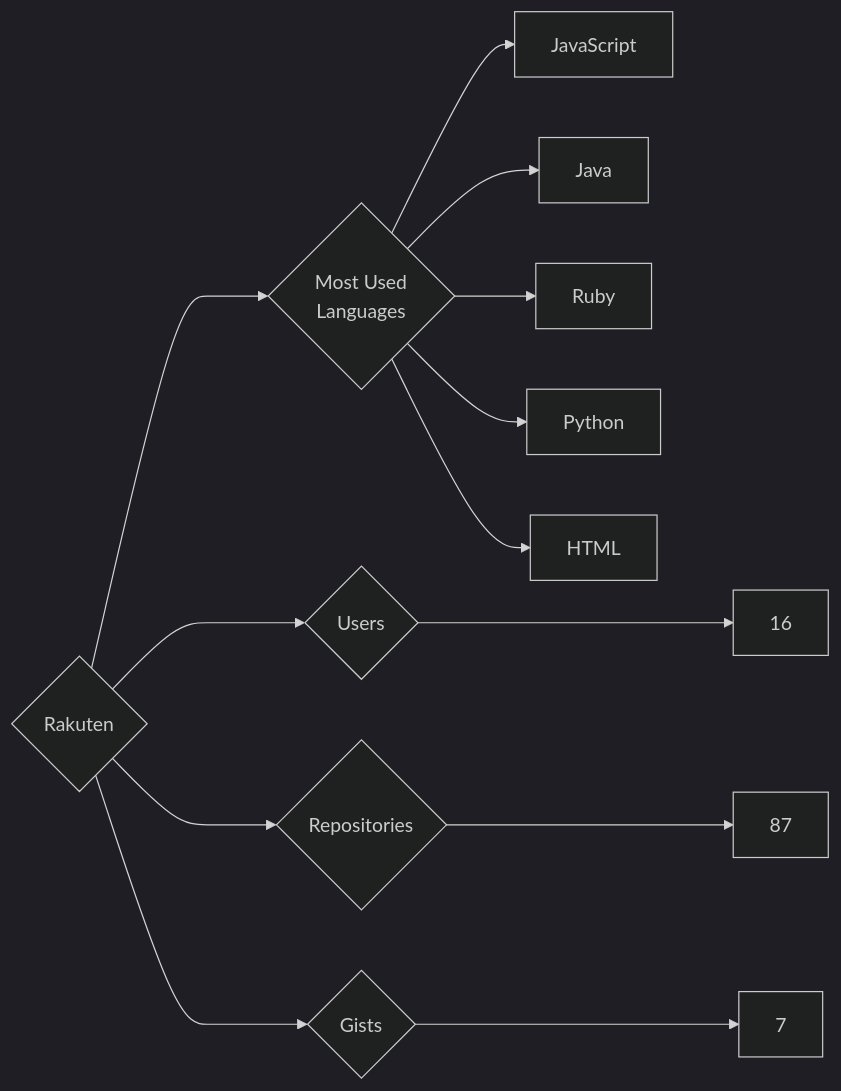
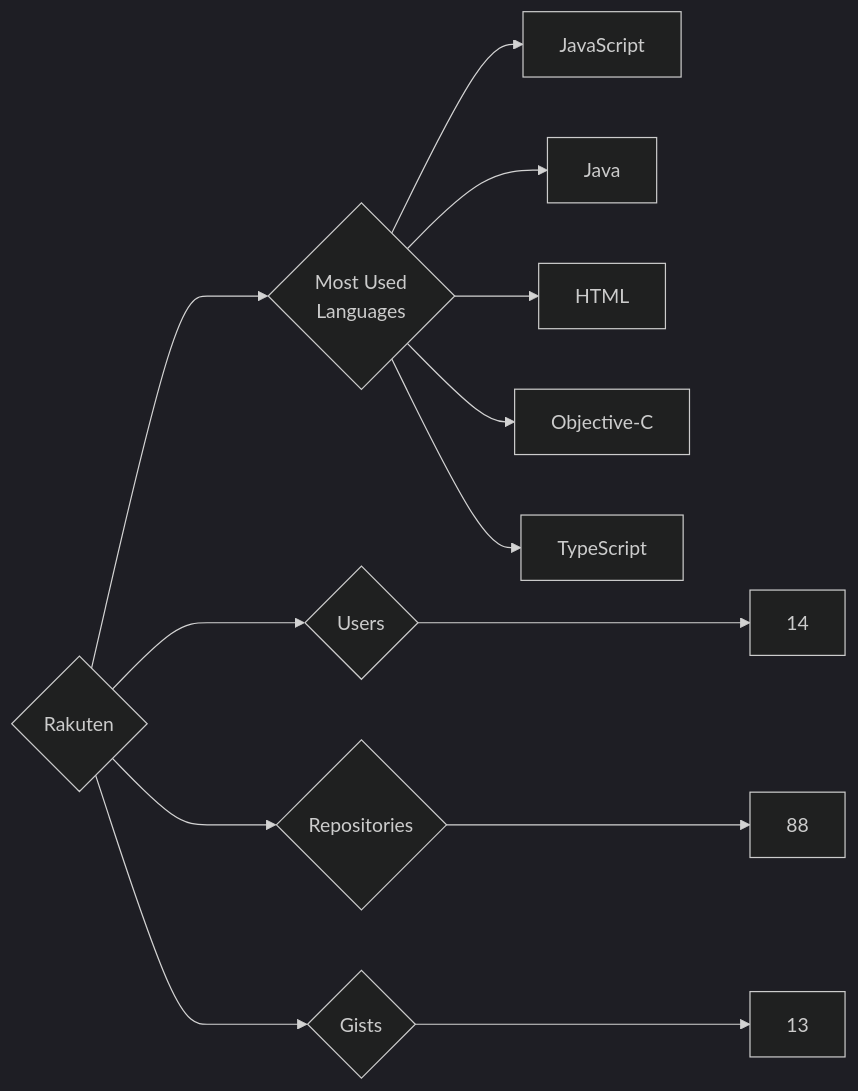
One commit to trickest/insiders changed the diagram in targets/Rakuten/README.md. Above: the diagram before and after it, drawn with Mermaid (dark theme). The commit also changed 973 other files, not shown here.

````diff
--- a/targets/Rakuten/README.md
+++ b/targets/Rakuten/README.md
@@ -3,13 +3,13 @@
 ```mermaid
 graph LR
 COMPANY_NAME{Rakuten}
-COMPANY_NAME ---> U{Users} ---> UN[16]
-COMPANY_NAME ---> R{Repositories} ---> RN[87]
-COMPANY_NAME ---> G{Gists} ---> GN[7]
+COMPANY_NAME ---> U{Users} ---> UN[14]
+COMPANY_NAME ---> R{Repositories} ---> RN[88]
+COMPANY_NAME ---> G{Gists} ---> GN[13]
 COMPANY_NAME ---> ML{Most Used<br>Languages}
 ML --> JavaScript[JavaScript]
 ML --> Java[Java]
-ML --> Ruby[Ruby]
-ML --> Python[Python]
 ML --> HTML[HTML]
+ML --> Objective-C[Objective-C]
+ML --> TypeScript[TypeScript]
 ```
````
